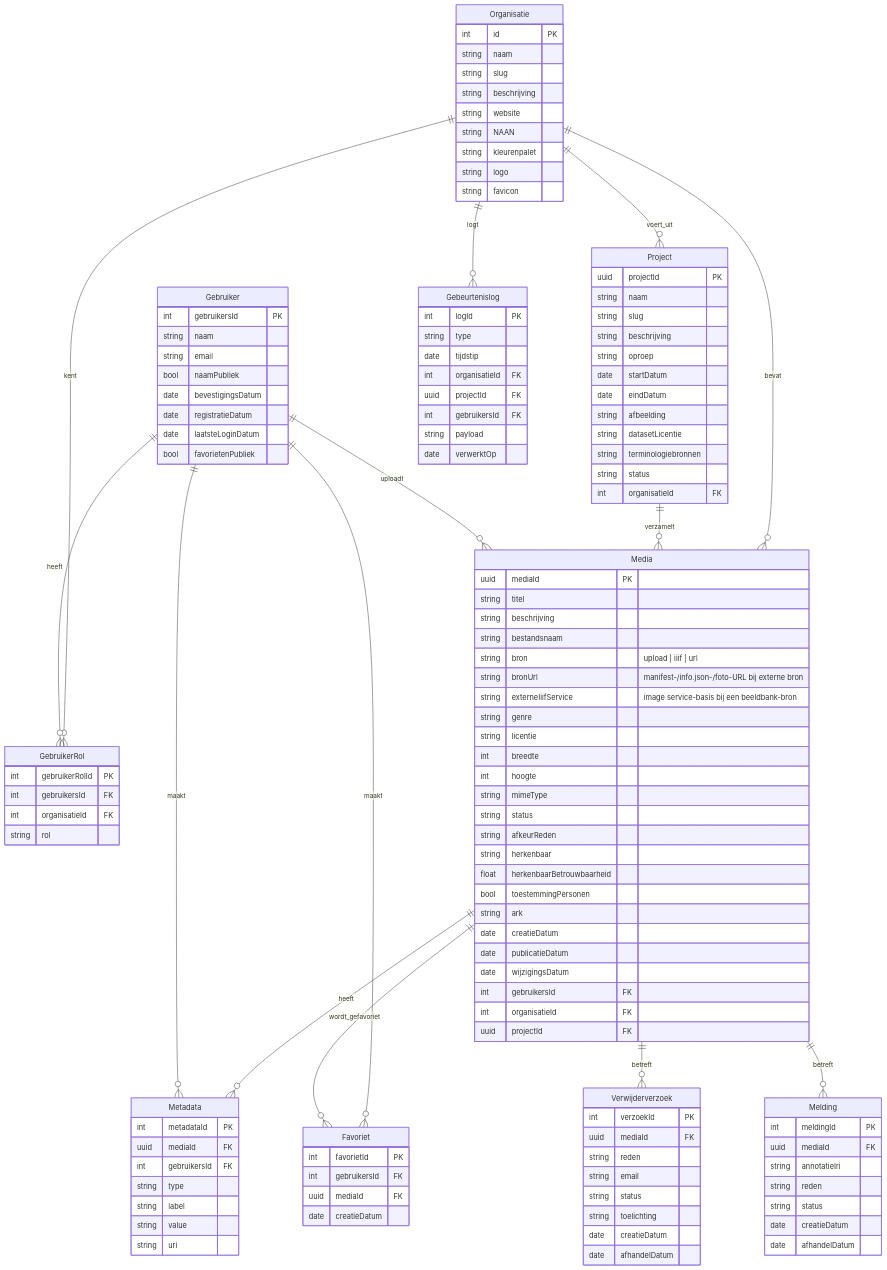
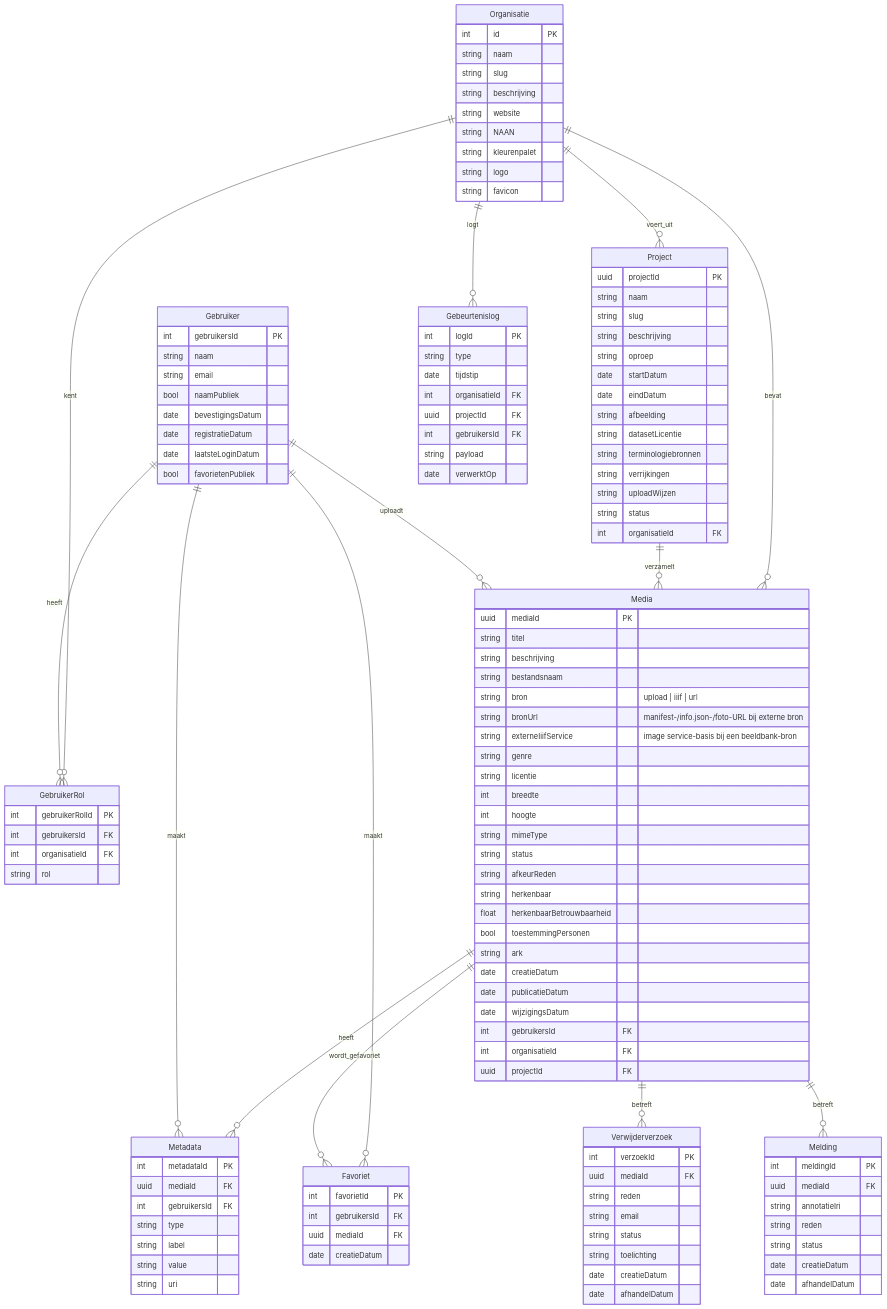
The diagram in data-architectuur/erd.mermaid.md (inside-out-time-machines/design), drawn with Mermaid before and after one commit. The commit also changed 2 other files, not shown here.

Commit message:
Uploadwijzen per project instelbaar (min. 1); uploadpagina alleen via project

```diff
--- a/data-architectuur/erd.mermaid.md
+++ b/data-architectuur/erd.mermaid.md
@@ -26,6 +26,8 @@
     string afbeelding
     string datasetLicentie
     string terminologiebronnen
+    string verrijkingen
+    string uploadWijzen
     string status
     int organisatieId FK
   }
```
